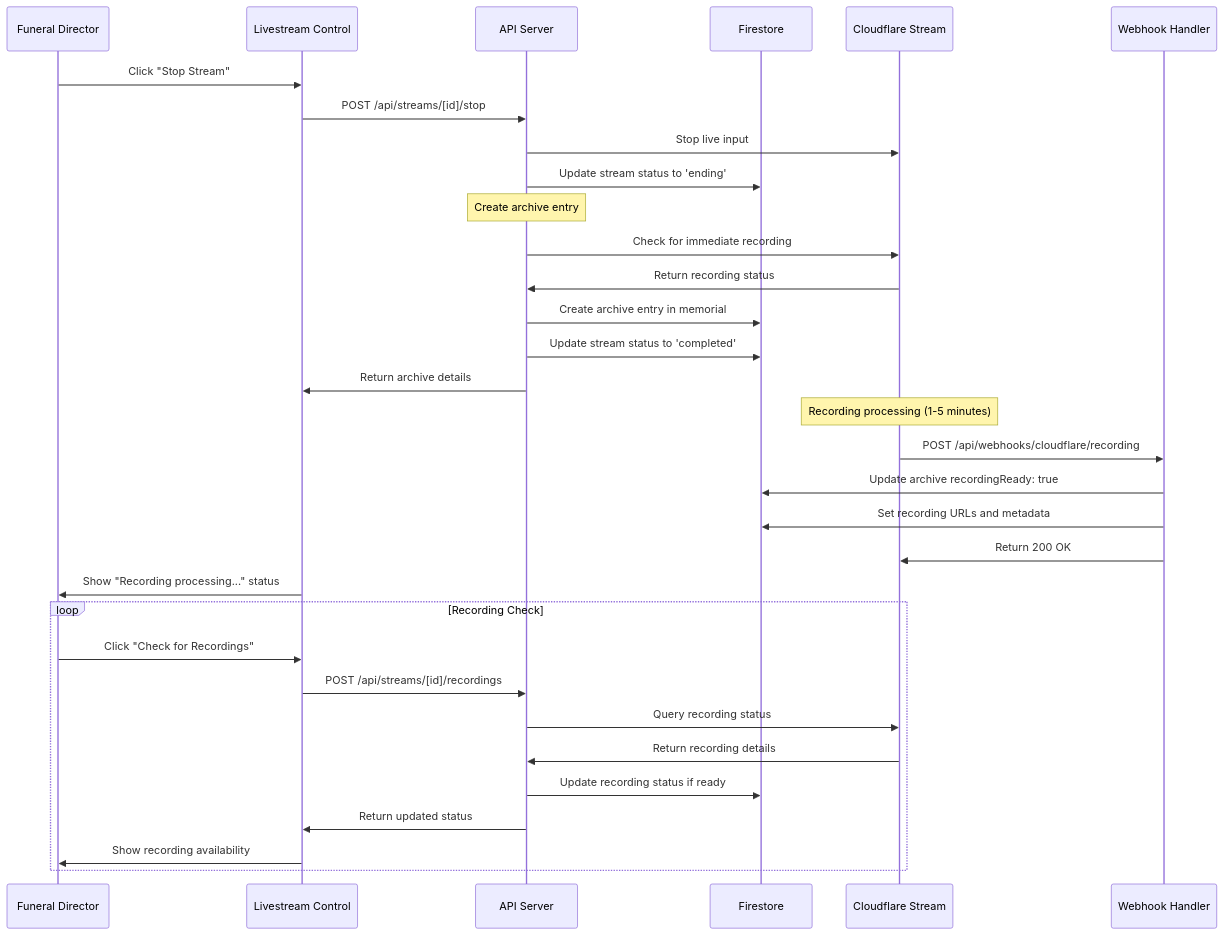
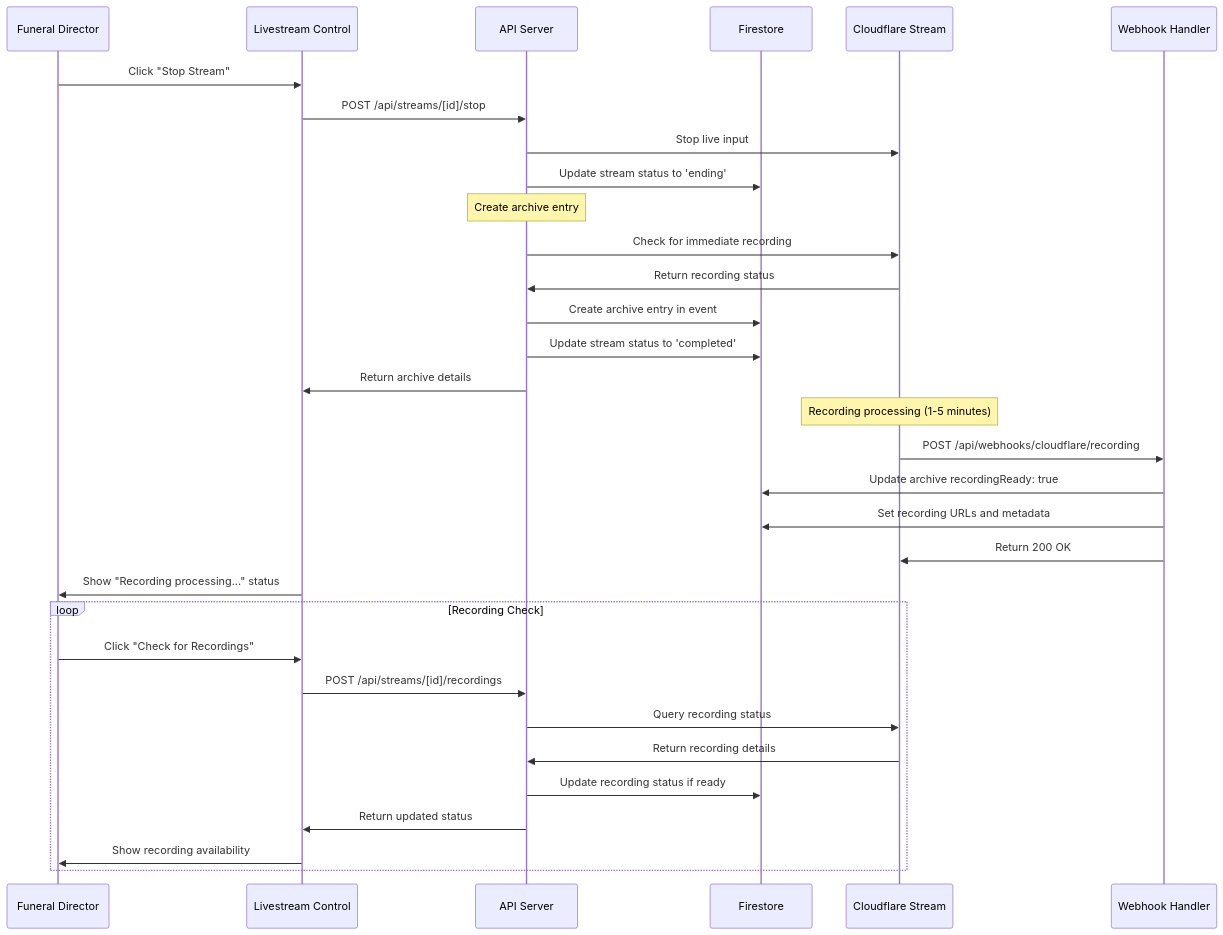
One commit to TimeMachine1994/081925-SvelteTweb changed the fifth of 9 diagrams in Old Docs01/old docsdocs/07-integration-flows.md. Above: the diagram before and after it, drawn with Mermaid. The commit also changed other lines of this file and 418 other files, not shown here.

First line of the commit message:
docs: update terminology from "memorial" to "event" across admin documentation

````diff
--- a/Old Docs01/old docsdocs/07-integration-flows.md
+++ b/Old Docs01/old docsdocs/07-integration-flows.md
@@ -136,39 +136,39 @@
 ```mermaid
 sequenceDiagram
     participant FD as Funeral Director
     participant UI as Livestream Control
     participant API as API Server
     participant FS as Firestore
     participant CF as Cloudflare Stream
     participant WH as Webhook Handler
 
     FD->>UI: Click "Stop Stream"
     UI->>API: POST /api/streams/[id]/stop
     API->>CF: Stop live input
     API->>FS: Update stream status to 'ending'
     
     Note over API: Create archive entry
     API->>CF: Check for immediate recording
     CF->>API: Return recording status
-    API->>FS: Create archive entry in memorial
+    API->>FS: Create archive entry in event
     API->>FS: Update stream status to 'completed'
     API->>UI: Return archive details
 
     Note over CF: Recording processing (1-5 minutes)
     CF->>WH: POST /api/webhooks/cloudflare/recording
     WH->>FS: Update archive recordingReady: true
     WH->>FS: Set recording URLs and metadata
     WH->>CF: Return 200 OK
 
     UI->>FD: Show "Recording processing..." status
     
     loop Recording Check
         FD->>UI: Click "Check for Recordings"
         UI->>API: POST /api/streams/[id]/recordings
         API->>CF: Query recording status
         CF->>API: Return recording details
         API->>FS: Update recording status if ready
         API->>UI: Return updated status
         UI->>FD: Show recording availability
     end
 ```
````
